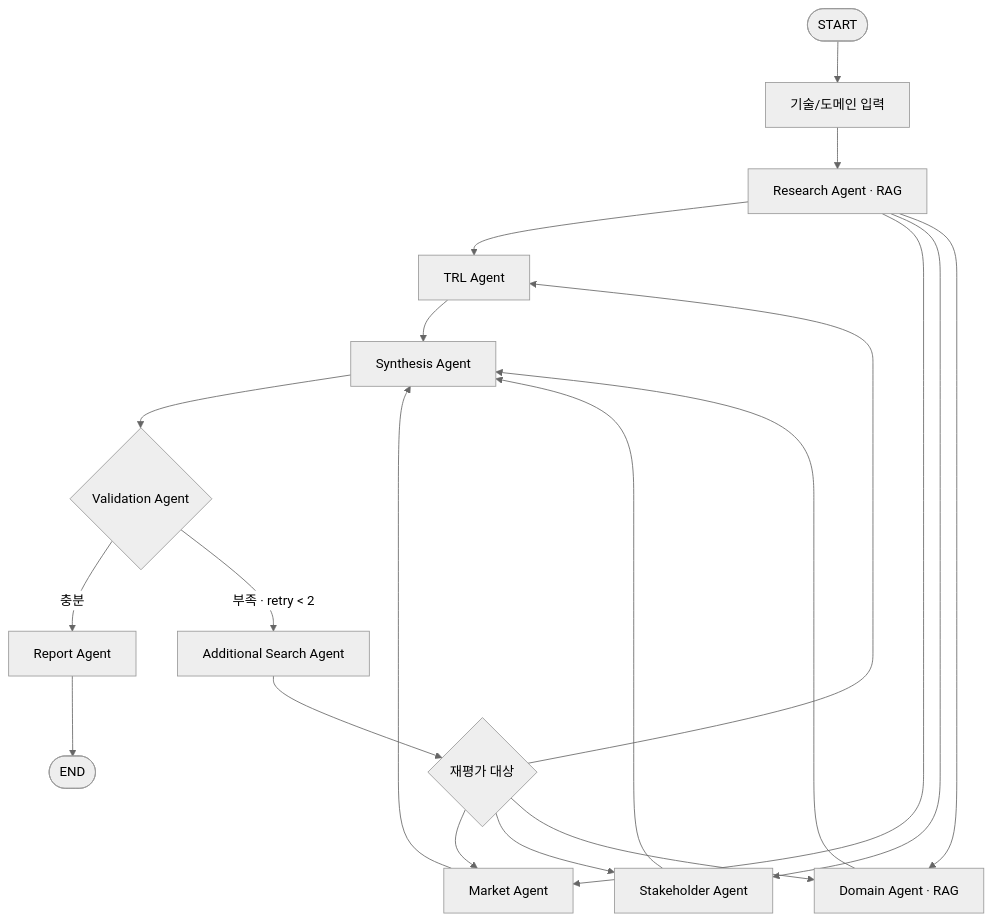
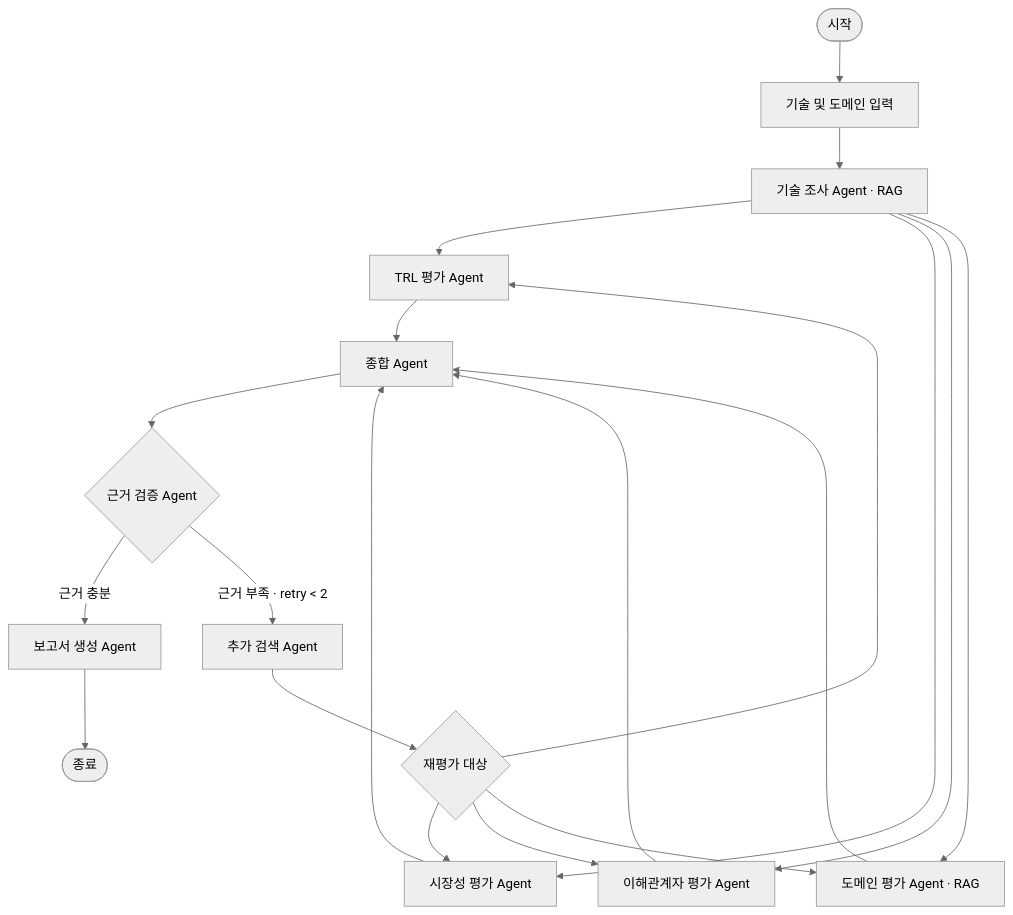
One commit to kchanis1223/-SKALA-KVCache_Report_Agent changed the diagram in README.md. Above: the diagram before and after it, drawn with Mermaid (neutral theme).

````diff
--- a/README.md
+++ b/README.md
@@ -168,28 +168,28 @@
 ```mermaid
 flowchart TD
-    S([START]) --> A[기술/도메인 입력]
-    A --> B[Research Agent · RAG]
+    S([시작]) --> A[기술 및 도메인 입력]
+    A --> B[기술 조사 Agent · RAG]
 
-    B --> C[TRL Agent]
-    B --> D[Market Agent]
-    B --> E[Stakeholder Agent]
-    B --> F[Domain Agent · RAG]
+    B --> C[TRL 평가 Agent]
+    B --> D[시장성 평가 Agent]
+    B --> E[이해관계자 평가 Agent]
+    B --> F[도메인 평가 Agent · RAG]
 
-    C --> G[Synthesis Agent]
+    C --> G[종합 Agent]
     D --> G
     E --> G
     F --> G
 
-    G --> H{Validation Agent}
+    G --> H{근거 검증 Agent}
 
-    H -->|충분| J[Report Agent]
-    J --> Z([END])
+    H -->|근거 충분| J[보고서 생성 Agent]
+    J --> Z([종료])
 
-    H -->|부족 · retry < 2| I[Additional Search Agent]
+    H -->|근거 부족 · retry < 2| I[추가 검색 Agent]
     I --> K{재평가 대상}
 
     K --> C
     K --> D
     K --> E
     K --> F
 ```
````
